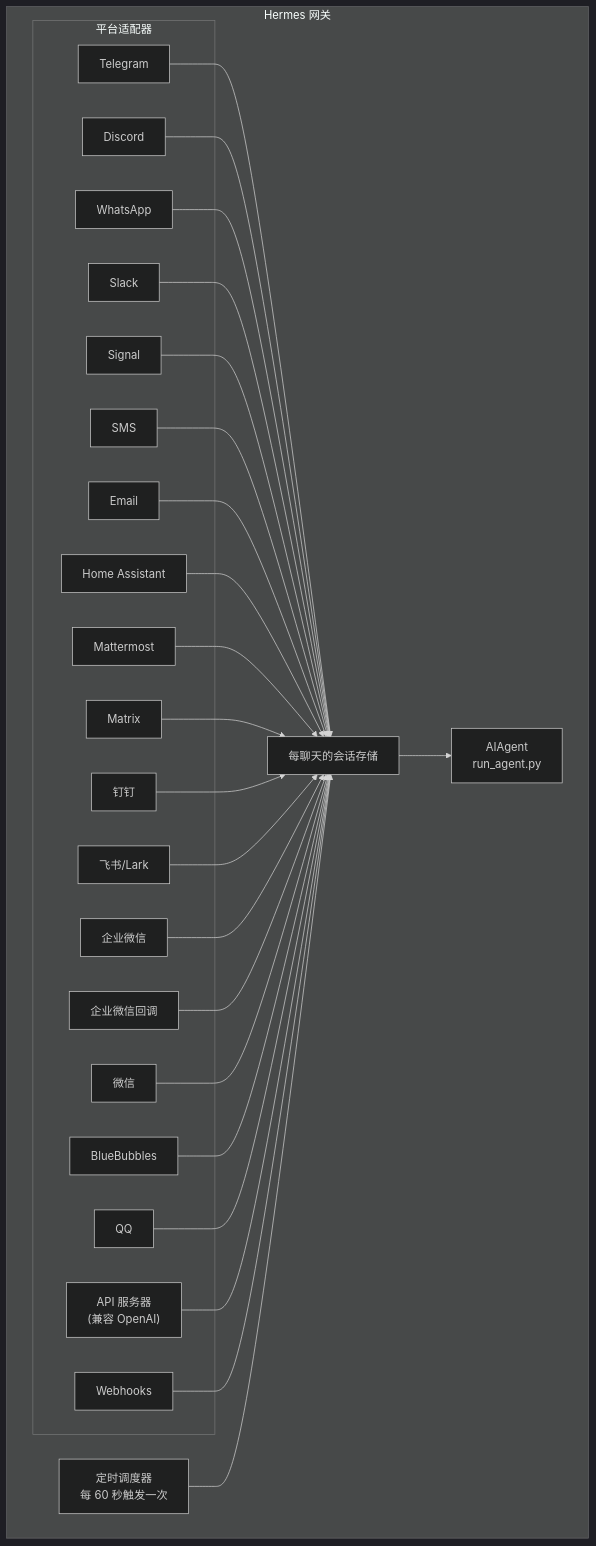
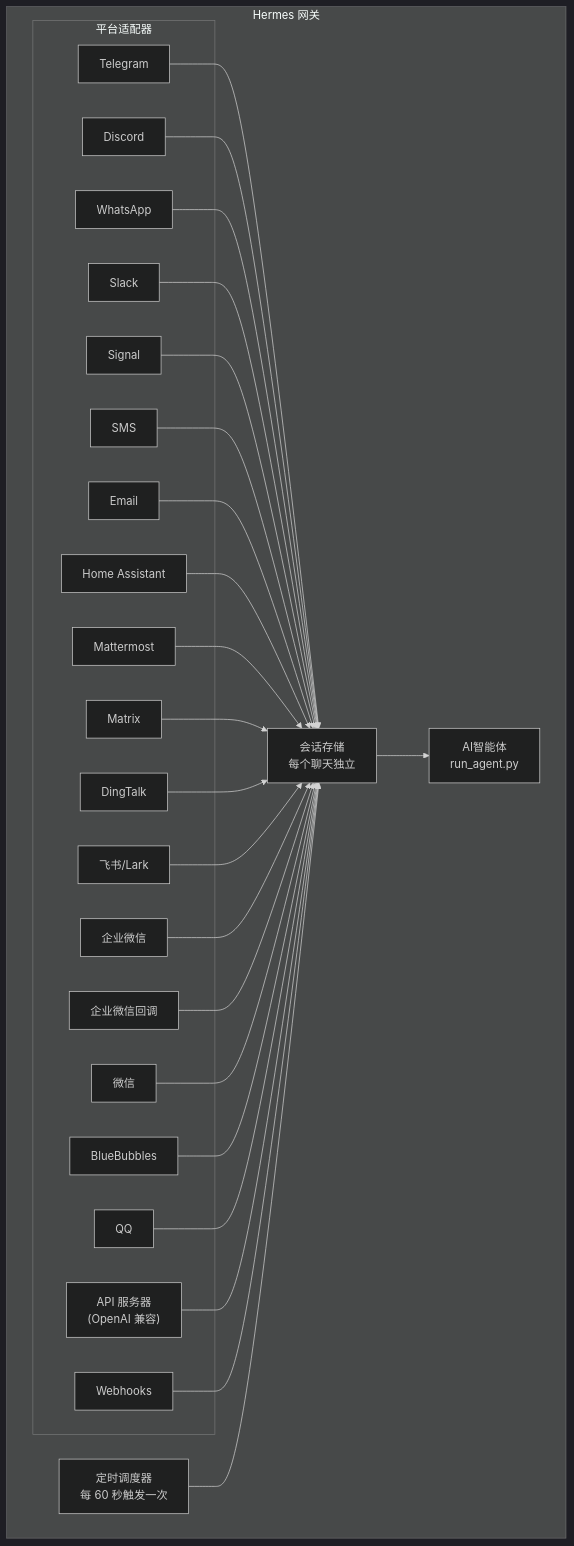
Before and after one commit to renxia/hermes-agent-docs: the diagram in i18n/zh-CN/docusaurus-plugin-content-docs/current/user-guide/messaging/index.md, drawn with Mermaid (dark theme). The commit also changed other lines of this file and 340 other files, not shown here.

````diff
--- a/i18n/zh-CN/docusaurus-plugin-content-docs/current/user-guide/messaging/index.md
+++ b/i18n/zh-CN/docusaurus-plugin-content-docs/current/user-guide/messaging/index.md
@@ -39,52 +39,52 @@
 ```mermaid
 flowchart TB
     subgraph Gateway["Hermes 网关"]
         subgraph Adapters["平台适配器"]
             tg[Telegram]
             dc[Discord]
             wa[WhatsApp]
             sl[Slack]
             sig[Signal]
             sms[SMS]
             em[Email]
             ha[Home Assistant]
             mm[Mattermost]
             mx[Matrix]
-            dt[钉钉]
+            dt[DingTalk]
     fs[飞书/Lark]
     wc[企业微信]
     wcb[企业微信回调]
     wx[微信]
     bb[BlueBubbles]
     qq[QQ]
-            api["API 服务器<br/>(兼容 OpenAI)"]
+            api["API 服务器<br/>(OpenAI 兼容)"]
             wh[Webhooks]
         end
 
-        store["每聊天的会话存储"]
-        agent["AIAgent<br/>run_agent.py"]
+        store["会话存储<br/>每个聊天独立"]
+        agent["AI智能体<br/>run_agent.py"]
         cron["定时调度器<br/>每 60 秒触发一次"]
     end
 
     tg --> store
     dc --> store
     wa --> store
     sl --> store
     sig --> store
     sms --> store
     em --> store
     ha --> store
     mm --> store
     mx --> store
     dt --> store
     fs --> store
     wc --> store
     wcb --> store
     wx --> store
     bb --> store
     qq --> store
     api --> store
     wh --> store
     store --> agent
     cron --> store
 ```
````
